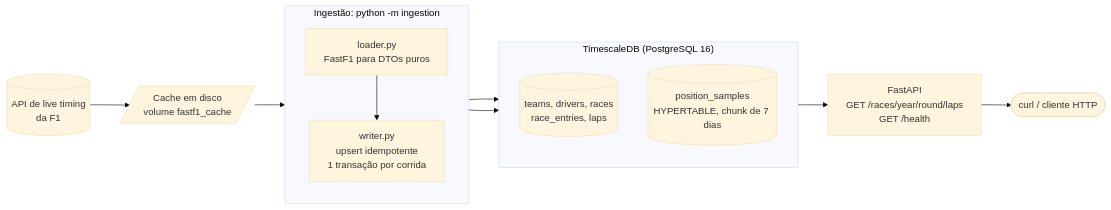
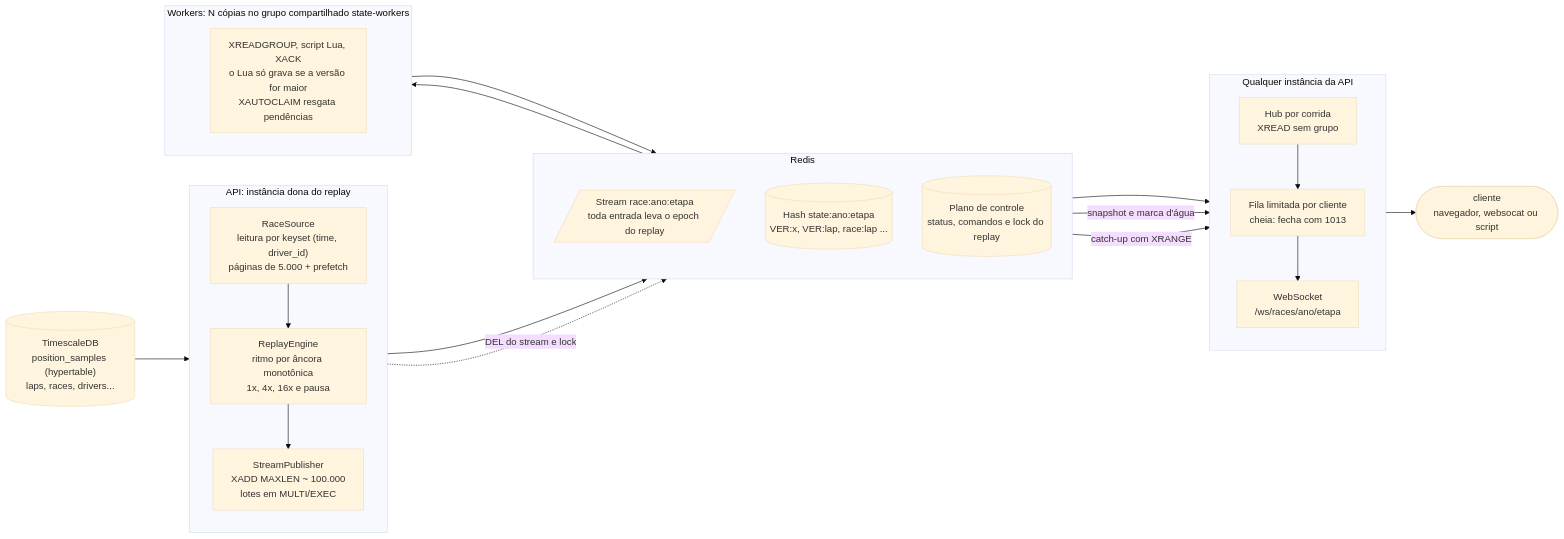
The first of 6 diagrams in README.md (isabelaohanadev/f1-race-engineer), drawn with Mermaid (base theme) before and after one commit. The commit also changed other lines of this file and 3 other files, not shown here.

````diff
--- a/README.md
+++ b/README.md
@@ -18,27 +26,42 @@
 ```mermaid
 flowchart LR
-    F1[("API de live timing<br/>da F1")]
-    CACHE[/"Cache em disco<br/>volume fastf1_cache"/]
+    DB[("TimescaleDB<br/>position_samples (hypertable)<br/>laps, races, drivers...")]
 
-    subgraph ING ["Ingestão: python -m ingestion"]
+    subgraph API1 ["API: instância dona do replay"]
         direction TB
-        L["loader.py<br/>FastF1 para DTOs puros"]
-        W["writer.py<br/>upsert idempotente<br/>1 transação por corrida"]
-        L --> W
+        SRC["RaceSource<br/>leitura por keyset (time, driver_id)<br/>páginas de 5.000 + prefetch"]
+        ENG["ReplayEngine<br/>ritmo por âncora monotônica<br/>1x, 4x, 16x e pausa"]
+        PUB["StreamPublisher<br/>XADD MAXLEN ~ 100.000<br/>lotes em MULTI/EXEC"]
+        SRC --> ENG --> PUB
     end
 
-    subgraph DB ["TimescaleDB (PostgreSQL 16)"]
+    subgraph REDIS ["Redis"]
         direction TB
-        T[("teams, drivers, races<br/>race_entries, laps")]
-        H[("position_samples<br/>HYPERTABLE, chunk de 7 dias")]
+        STREAM[/"Stream race:ano:etapa<br/>toda entrada leva o epoch do replay"/]
+        STATE[("Hash state:ano:etapa<br/>VER:x, VER:lap, race:lap ...")]
+        CTL[("Plano de controle<br/>status, comandos e lock do replay")]
     end
 
-    API["FastAPI<br/>GET /races/year/round/laps<br/>GET /health"]
-    CLI(["curl / cliente HTTP"])
+    subgraph WORKERS ["Workers: N cópias no grupo compartilhado state-workers"]
+        direction TB
+        W["XREADGROUP, script Lua, XACK<br/>o Lua só grava se a versão for maior<br/>XAUTOCLAIM resgata pendências"]
+    end
 
-    F1 --> CACHE --> L
-    W --> T
-    W --> H
-    T --> API
-    API --> CLI
+    subgraph API2 ["Qualquer instância da API"]
+        direction TB
+        HUB["Hub por corrida<br/>XREAD sem grupo"]
+        FILA["Fila limitada por cliente<br/>cheia: fecha com 1013"]
+        WS["WebSocket<br/>/ws/races/ano/etapa"]
+        HUB --> FILA --> WS
+    end
+
+    DB --> SRC
+    PUB --> STREAM
+    PUB -.->|"DEL do stream e lock"| CTL
+    STREAM --> W
+    W --> STATE
+    STREAM --> HUB
+    STATE -->|"snapshot e marca d'água"| WS
+    STREAM -->|"catch-up com XRANGE"| WS
+    WS --> CLI(["cliente<br/>navegador, websocat ou script"])
 ```
````
